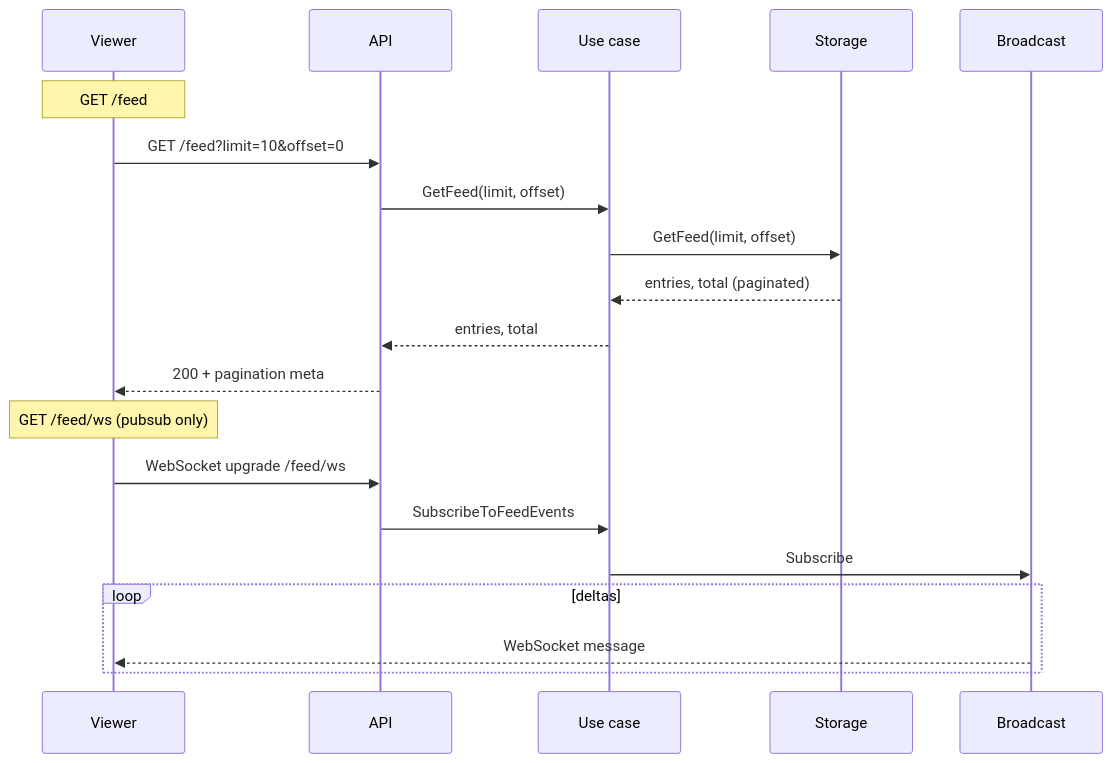
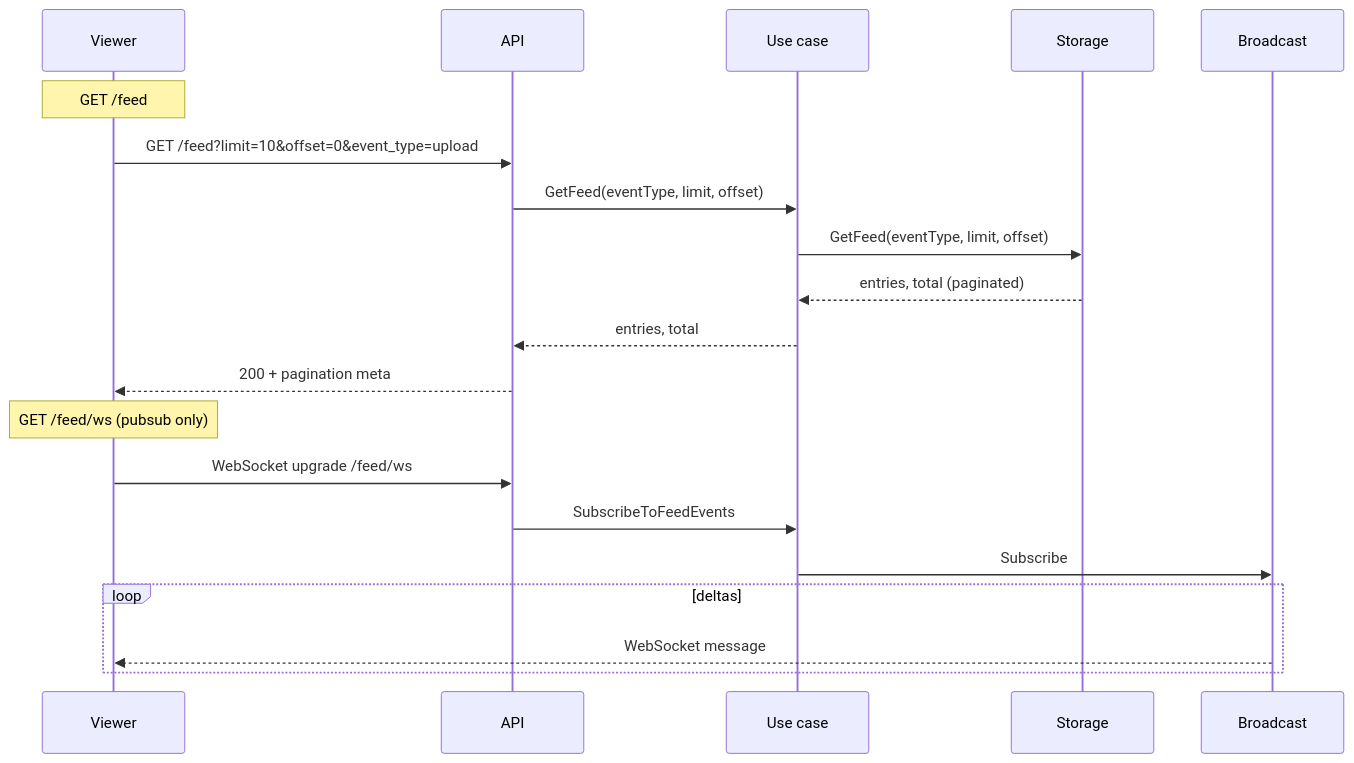
The fourth of 4 diagrams in docs/modules.md (Taingovan97/real-time-activity-feed), drawn with Mermaid before and after one commit. The commit also changed other lines of this file and 20 other files, not shown here.

Commit message:
feat: fixed event types + dropdown UI + backend validation + feed filtering by event type

````diff
--- a/docs/modules.md
+++ b/docs/modules.md
@@ -152,24 +153,24 @@
 ```mermaid
 sequenceDiagram
     participant Viewer
     participant API
     participant UC as Use case
     participant Storage
     participant Broadcast
     
     Note over Viewer: GET /feed
-    Viewer->>API: GET /feed?limit=10&offset=0
-    API->>UC: GetFeed(limit, offset)
-    UC->>Storage: GetFeed(limit, offset)
+    Viewer->>API: GET /feed?limit=10&offset=0&event_type=upload
+    API->>UC: GetFeed(eventType, limit, offset)
+    UC->>Storage: GetFeed(eventType, limit, offset)
     Storage-->>UC: entries, total (paginated)
     UC-->>API: entries, total
     API-->>Viewer: 200 + pagination meta
     
     Note over Viewer: GET /feed/ws (pubsub only)
     Viewer->>API: WebSocket upgrade /feed/ws
     API->>UC: SubscribeToFeedEvents
     UC->>Broadcast: Subscribe
     loop deltas
         Broadcast-->>Viewer: WebSocket message
     end
 ```
````
